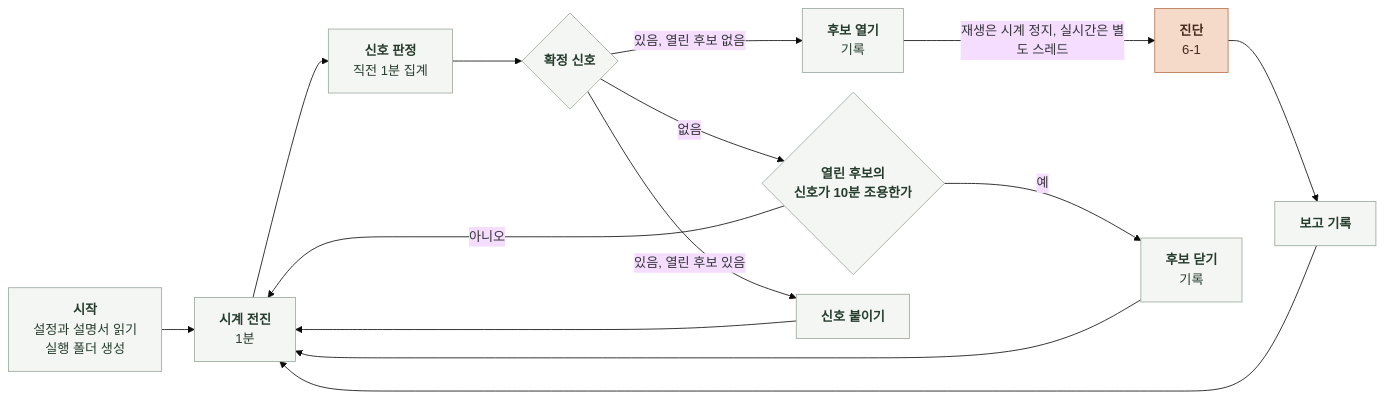
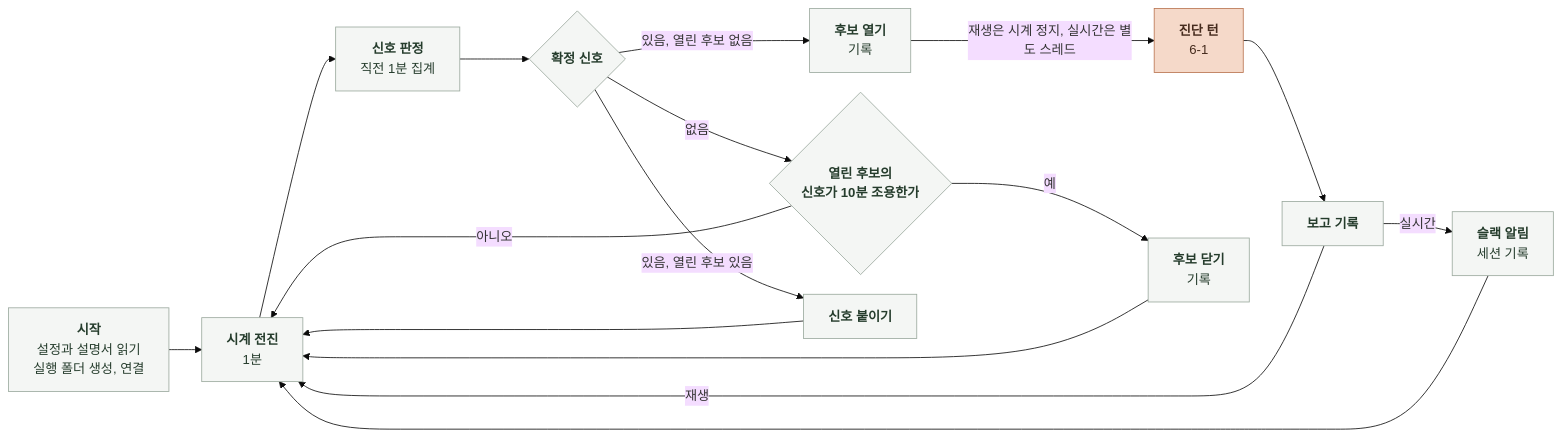
Before and after one commit to KIM-N-KANG/knk-harness: the first of 2 diagrams in docs/domain/OBSERVABILITY/AI/6-2-SOFTWARE-IMPLEMENTATION.md, drawn with Mermaid (base theme). The commit also changed other lines of this file and 16 other files, not shown here.

````diff
--- a/docs/domain/OBSERVABILITY/AI/6-2-SOFTWARE-IMPLEMENTATION.md
+++ b/docs/domain/OBSERVABILITY/AI/6-2-SOFTWARE-IMPLEMENTATION.md
@@ -13,29 +13,32 @@
 ```mermaid
 %%{init: {"flowchart": {"curve": "basis", "nodeSpacing": 24, "rankSpacing": 40}}}%%
 flowchart LR
     S["`**시작**
 설정과 설명서 읽기
-실행 폴더 생성`"] --> C["`**시계 전진**
+실행 폴더 생성, 연결`"] --> C["`**시계 전진**
 1분`"]
     C --> D["`**신호 판정**
 직전 1분 집계`"]
     D --> K{"`**확정 신호**`"}
     K -->|"`없음`"| X{"`**열린 후보의
 신호가 10분 조용한가**`"}
     K -->|"`있음, 열린 후보 없음`"| N["`**후보 열기**
 기록`"]
     K -->|"`있음, 열린 후보 있음`"| A["`**신호 붙이기**`"]
-    N -->|"`재생은 시계 정지, 실시간은 별도 스레드`"| G["`**진단**
+    N -->|"`재생은 시계 정지, 실시간은 별도 스레드`"| G["`**진단 턴**
 6-1`"]
     G --> W["`**보고 기록**`"]
-    W --> C
+    W -->|"`실시간`"| L["`**슬랙 알림**
+세션 기록`"]
+    W -->|"`재생`"| C
+    L --> C
     A --> C
     X -->|"`예`"| Z["`**후보 닫기**
 기록`"]
     X -->|"`아니오`"| C
     Z --> C
     classDef model fill:#F5D9C9,stroke:#B97450,color:#452B1D
     classDef code fill:#F4F6F4,stroke:#9BA99E,color:#253C2C
     class G model
-    class S,C,D,K,X,N,A,W,Z code
+    class S,C,D,K,X,N,A,W,Z,L code
 ```
````
